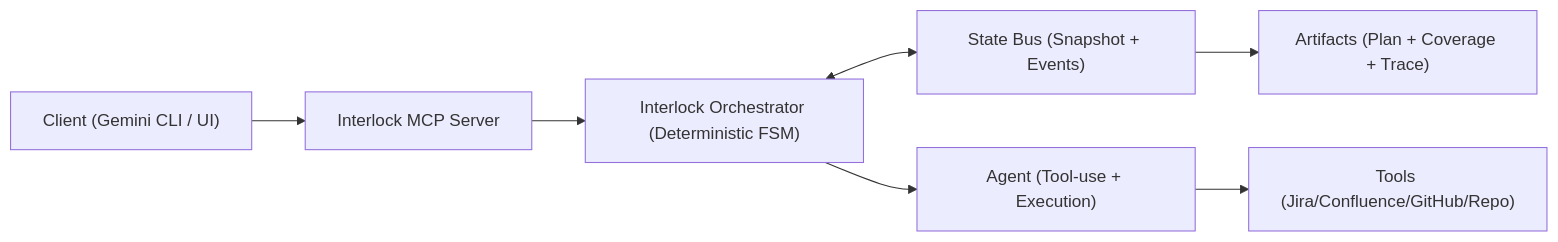
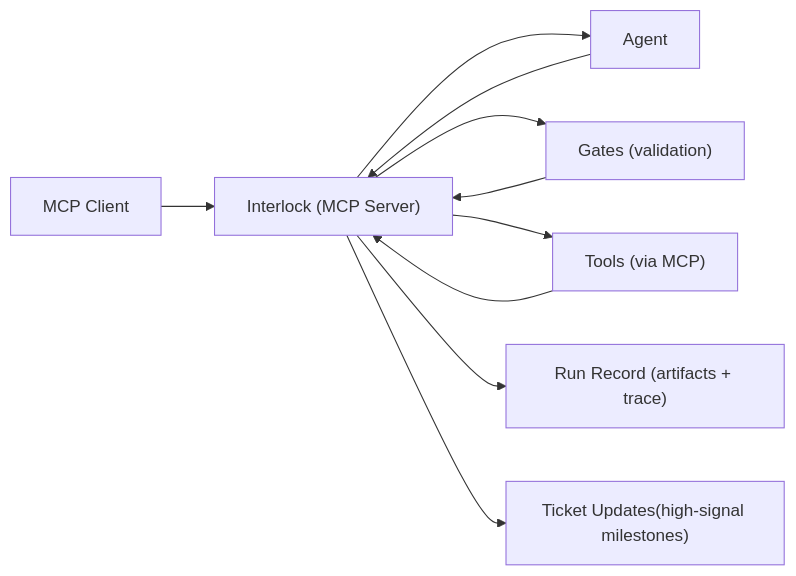
Before and after one commit to y0ncha/Memora: the second of 2 diagrams in docs/Overview.md, drawn with Mermaid. The commit also changed other lines of this file and 23 other files, not shown here.

Commit message:
Add initial implementation of Interlock MCP server with FSM, validation gates, and ticket schema. Includes demo script and unit tests for end-to-end workflow validation. Update .gitignore to include interlock data directory.

````diff
--- a/docs/Overview.md
+++ b/docs/Overview.md
@@ -87,9 +154,16 @@
 ```mermaid
 flowchart LR
-  C["Client (Gemini CLI / UI)"] --> S["Interlock MCP Server"]
-  S --> O["Interlock Orchestrator (Deterministic FSM)"]
-  O <--> SB["State Bus (Snapshot + Events)"]
-  O --> A["Agent (Tool-use + Execution)"]
-  A --> T["Tools (Jira/Confluence/GitHub/Repo)"]
-  SB --> OUT["Artifacts (Plan + Coverage + Trace)"]
+  C["MCP Client"] --> S["Interlock (MCP Server)"]
+
+  S --> A["Agent"]
+  A --> S
+
+  S --> G["Gates (validation)"]
+  G --> S
+
+  S --> T["Tools (via MCP)"]
+  T --> S
+
+  S --> R["Run Record (artifacts + trace)"]
+  S --> O["Ticket Updates(high-signal milestones)"]
 ```
````
